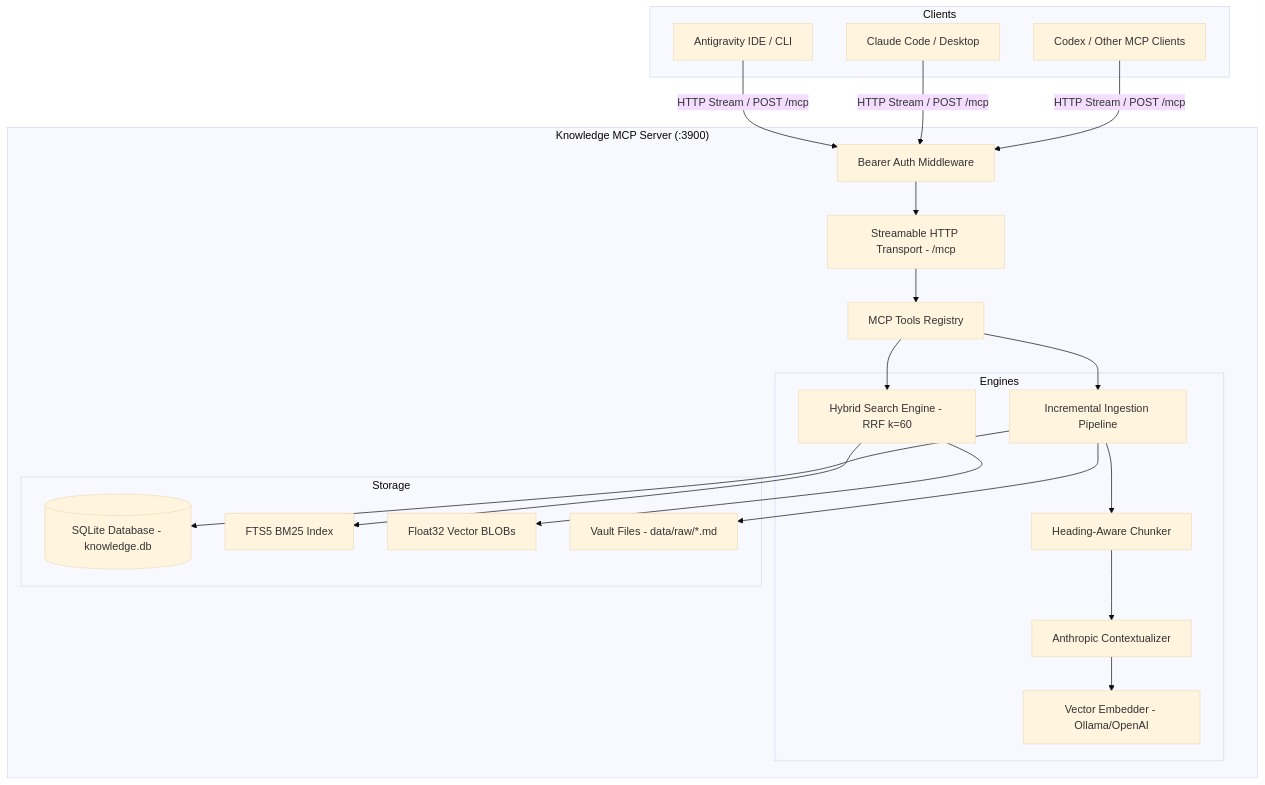
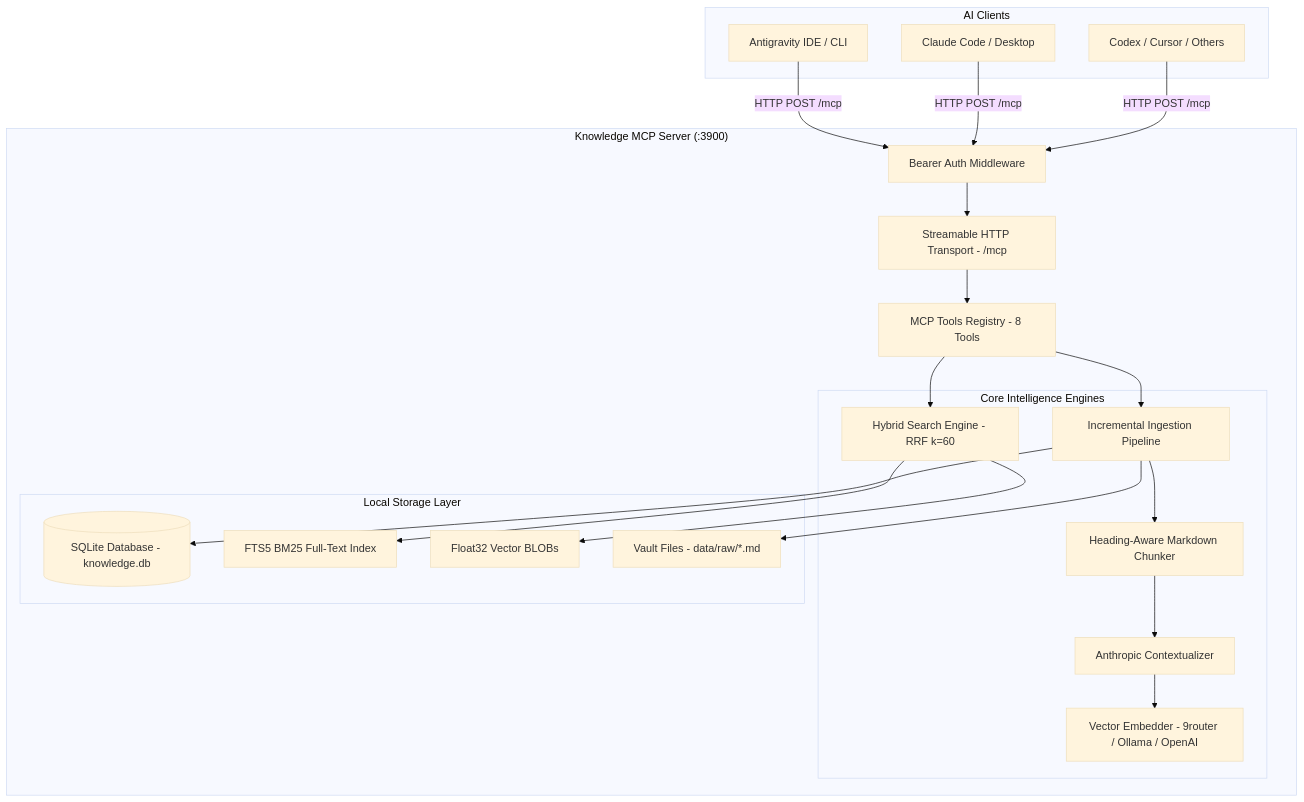
The diagram in README.md (congtuuit/knowledge-mcp), drawn with Mermaid (base theme) before and after one commit. The commit also changed other lines of this file and 3 other files, not shown here.

Commit message:
docs: overhaul README with updated features, add multilingual support, and introduce project roadmap

````diff
--- a/README.md
+++ b/README.md
@@ -21,44 +68,44 @@
 ```mermaid
 graph TD
-    subgraph "Clients"
+    subgraph "AI Clients"
         AG[Antigravity IDE / CLI]
         CC[Claude Code / Desktop]
-        CX[Codex / Other MCP Clients]
+        CX[Codex / Cursor / Others]
     end
 
     subgraph "Knowledge MCP Server (:3900)"
         AUTH[Bearer Auth Middleware]
         HTTP[Streamable HTTP Transport - /mcp]
-        TOOLS[MCP Tools Registry]
+        TOOLS[MCP Tools Registry - 8 Tools]
         
-        subgraph "Engines"
+        subgraph "Core Intelligence Engines"
             HYBRID[Hybrid Search Engine - RRF k=60]
             INGEST[Incremental Ingestion Pipeline]
-            CHUNKER[Heading-Aware Chunker]
-            EMBED[Vector Embedder - Ollama/OpenAI]
+            CHUNKER[Heading-Aware Markdown Chunker]
+            EMBED[Vector Embedder - 9router / Ollama / OpenAI]
             CTX[Anthropic Contextualizer]
         end
 
-        subgraph "Storage"
+        subgraph "Local Storage Layer"
             DB[(SQLite Database - knowledge.db)]
-            FTS[FTS5 BM25 Index]
+            FTS[FTS5 BM25 Full-Text Index]
             VEC[Float32 Vector BLOBs]
             VAULT[Vault Files - data/raw/*.md]
         end
     end
 
-    AG -->|HTTP Stream / POST /mcp| AUTH
-    CC -->|HTTP Stream / POST /mcp| AUTH
-    CX -->|HTTP Stream / POST /mcp| AUTH
+    AG -->|HTTP POST /mcp| AUTH
+    CC -->|HTTP POST /mcp| AUTH
+    CX -->|HTTP POST /mcp| AUTH
 
     AUTH --> HTTP --> TOOLS
     TOOLS --> HYBRID
     TOOLS --> INGEST
     
     HYBRID --> FTS
     HYBRID --> VEC
     
     INGEST --> CHUNKER --> CTX --> EMBED
     INGEST --> DB
     INGEST --> VAULT
 ```
````
